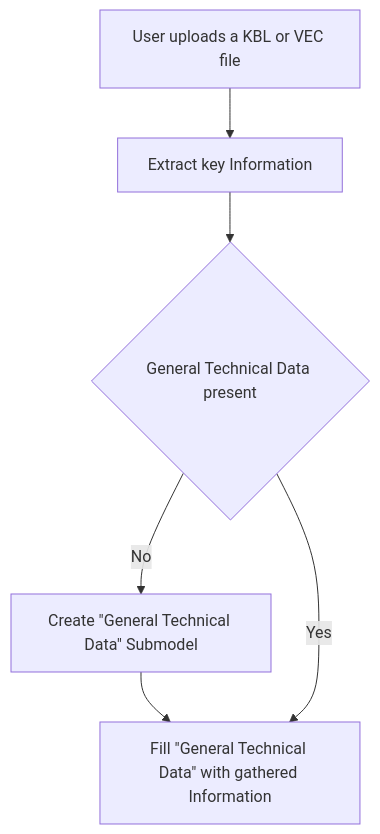
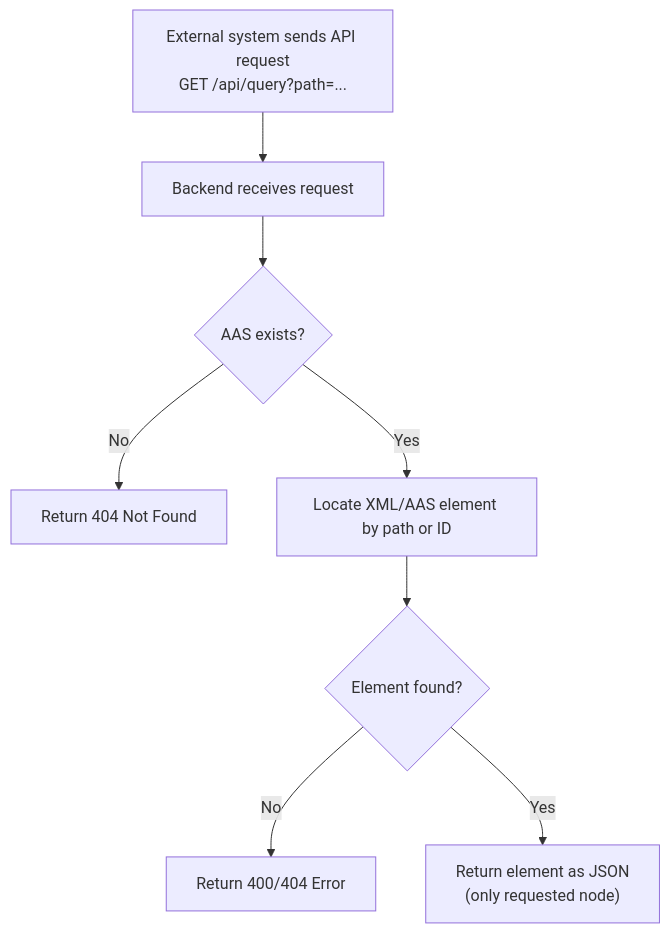
One commit to DHBW-TINF24F/Team3-Basyx-Editor changed the fourth of 4 diagrams in PROJECT/SRS.md. Above: the diagram before and after it, drawn with Mermaid. The commit also changed other lines of this file, not shown here.

First line of the commit message:
Added chapters and Graph IDs

````diff
--- a/PROJECT/SRS.md
+++ b/PROJECT/SRS.md
@@ -140,9 +183,12 @@
 ```mermaid
 flowchart TD
-  A[User uploads a KBL or VEC file] --> B[Extract key Information]
-  B --> C{General Technical Data present}
-  C -- No --> D[Create &quot;General Technical Data&quot; Submodel]
-  D --> E[Fill &quot;General Technical Data&quot; with gathered Information]
-  C -- Yes --> E[Fill &quot;General Technical Data&quot; with gathered Information]
+  A[External system sends API request<br/>GET /api/query?path=...] --> B[Backend receives request]
 
+  B --> C{AAS exists?}
+  C -- No --> X1[Return 404 Not Found]
+  C -- Yes --> D[Locate XML/AAS element by path or ID]
+
+  D --> E{Element found?}
+  E -- No --> X2[Return 400/404 Error]
+  E -- Yes --> F[Return element as JSON<br/>&#40only requested node&#41]
 ```
````
